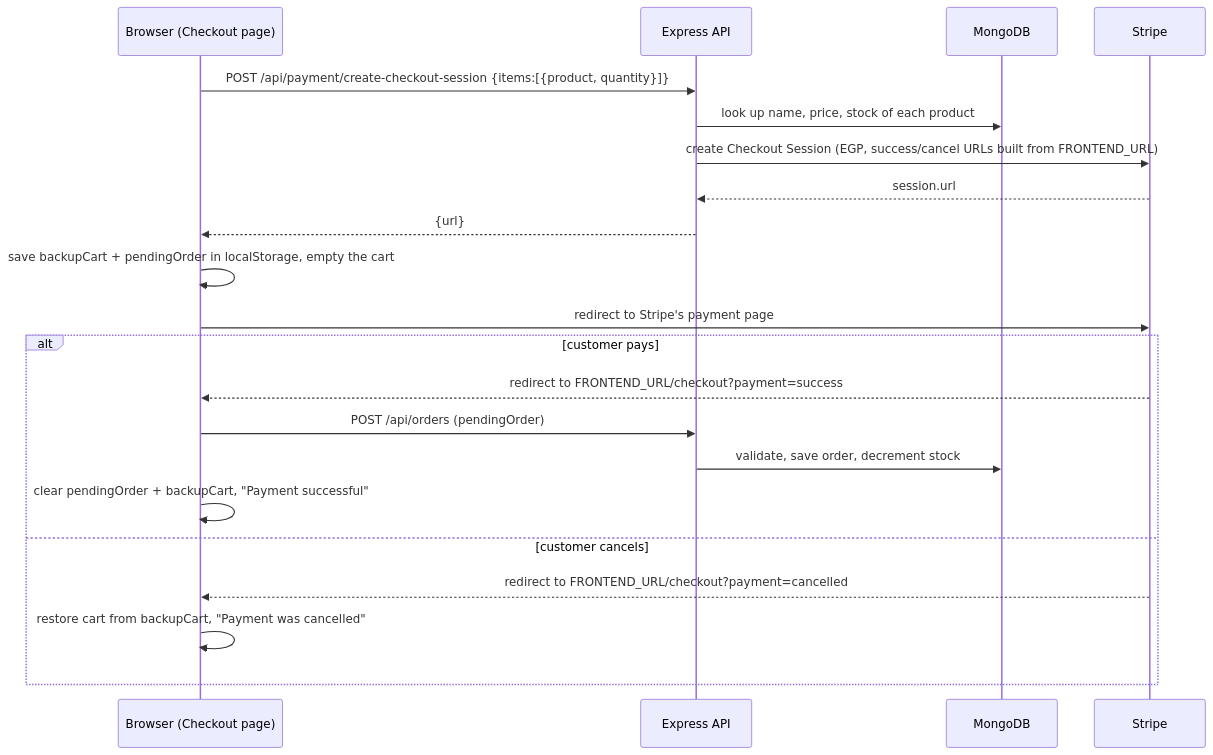
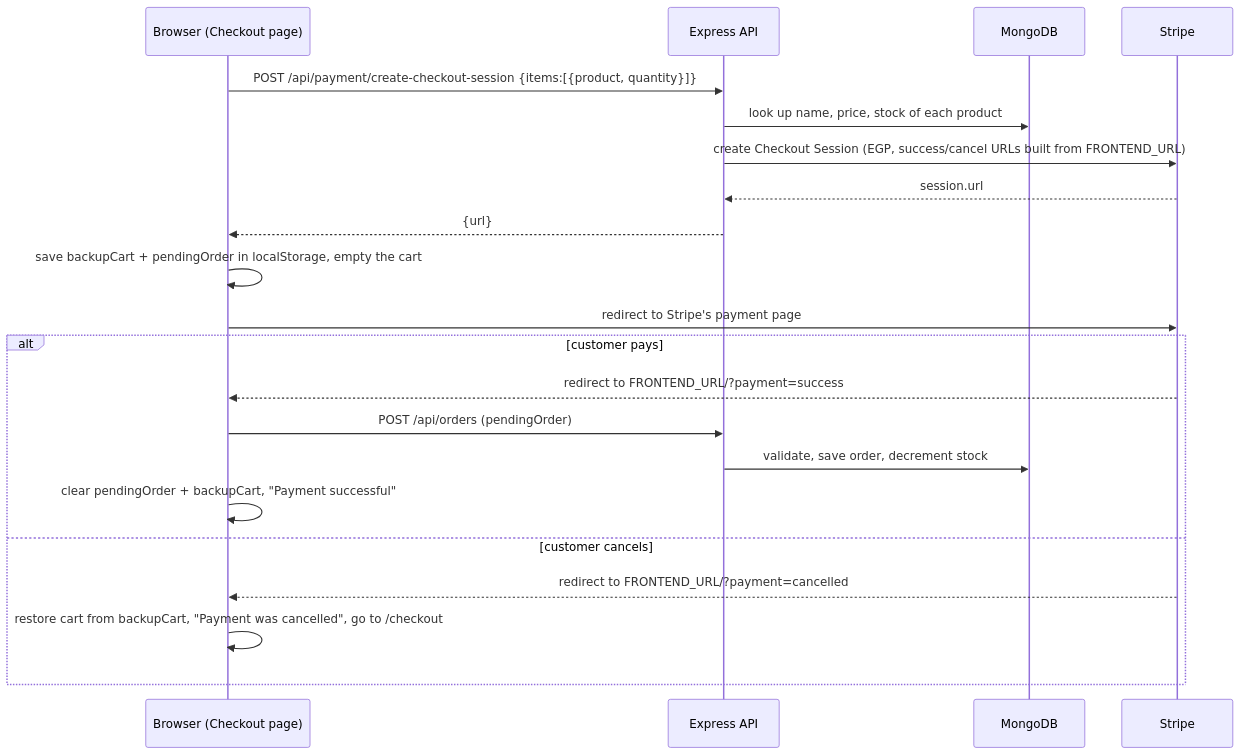
The third of 3 diagrams in docs/PROJECT_OVERVIEW.md (haneenimam/Craftoraa), drawn with Mermaid before and after one commit. The commit also changed other lines of this file and 23 other files, not shown here.

````diff
--- a/docs/PROJECT_OVERVIEW.md
+++ b/docs/PROJECT_OVERVIEW.md
@@ -339,23 +373,23 @@
 ```mermaid
 sequenceDiagram
     participant B as Browser (Checkout page)
     participant API as Express API
     participant DB as MongoDB
     participant S as Stripe
     B->>API: POST /api/payment/create-checkout-session {items:[{product, quantity}]}
     API->>DB: look up name, price, stock of each product
     API->>S: create Checkout Session (EGP, success/cancel URLs built from FRONTEND_URL)
     S-->>API: session.url
     API-->>B: {url}
     B->>B: save backupCart + pendingOrder in localStorage, empty the cart
     B->>S: redirect to Stripe's payment page
     alt customer pays
-        S-->>B: redirect to FRONTEND_URL/checkout?payment=success
+        S-->>B: redirect to FRONTEND_URL/?payment=success
         B->>API: POST /api/orders (pendingOrder)
         API->>DB: validate, save order, decrement stock
         B->>B: clear pendingOrder + backupCart, "Payment successful"
     else customer cancels
-        S-->>B: redirect to FRONTEND_URL/checkout?payment=cancelled
-        B->>B: restore cart from backupCart, "Payment was cancelled"
+        S-->>B: redirect to FRONTEND_URL/?payment=cancelled
+        B->>B: restore cart from backupCart, "Payment was cancelled", go to /checkout
     end
 ```
````
